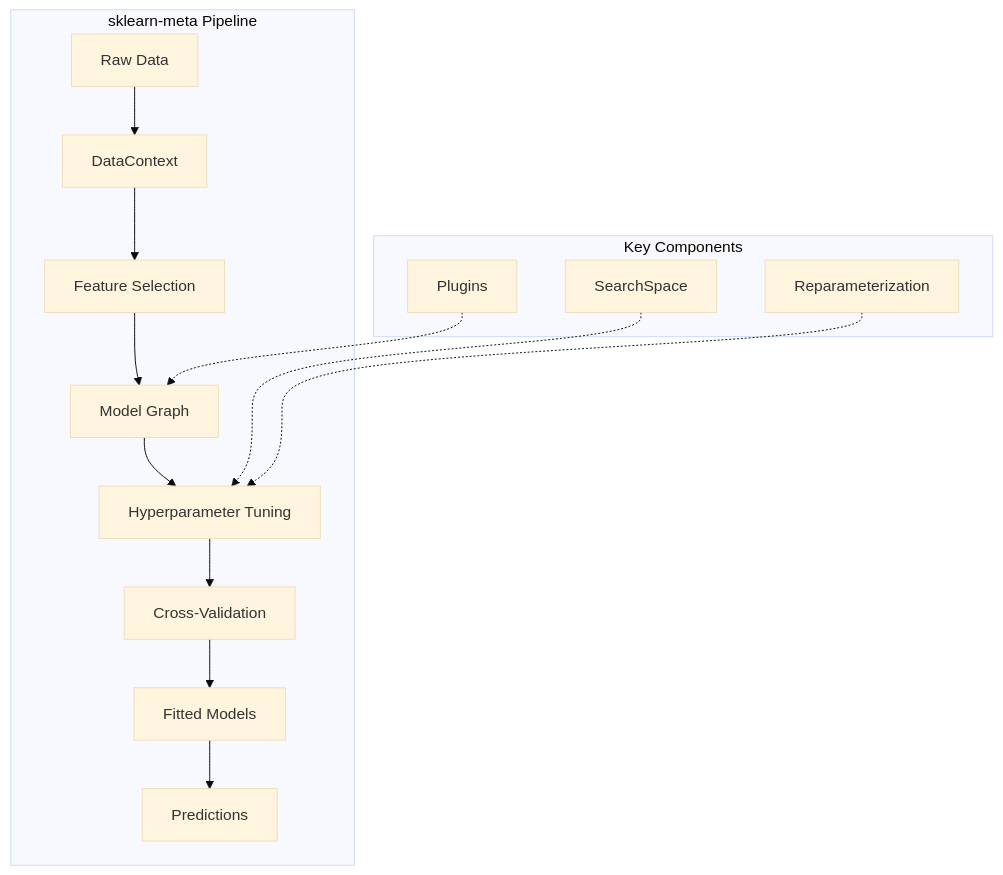
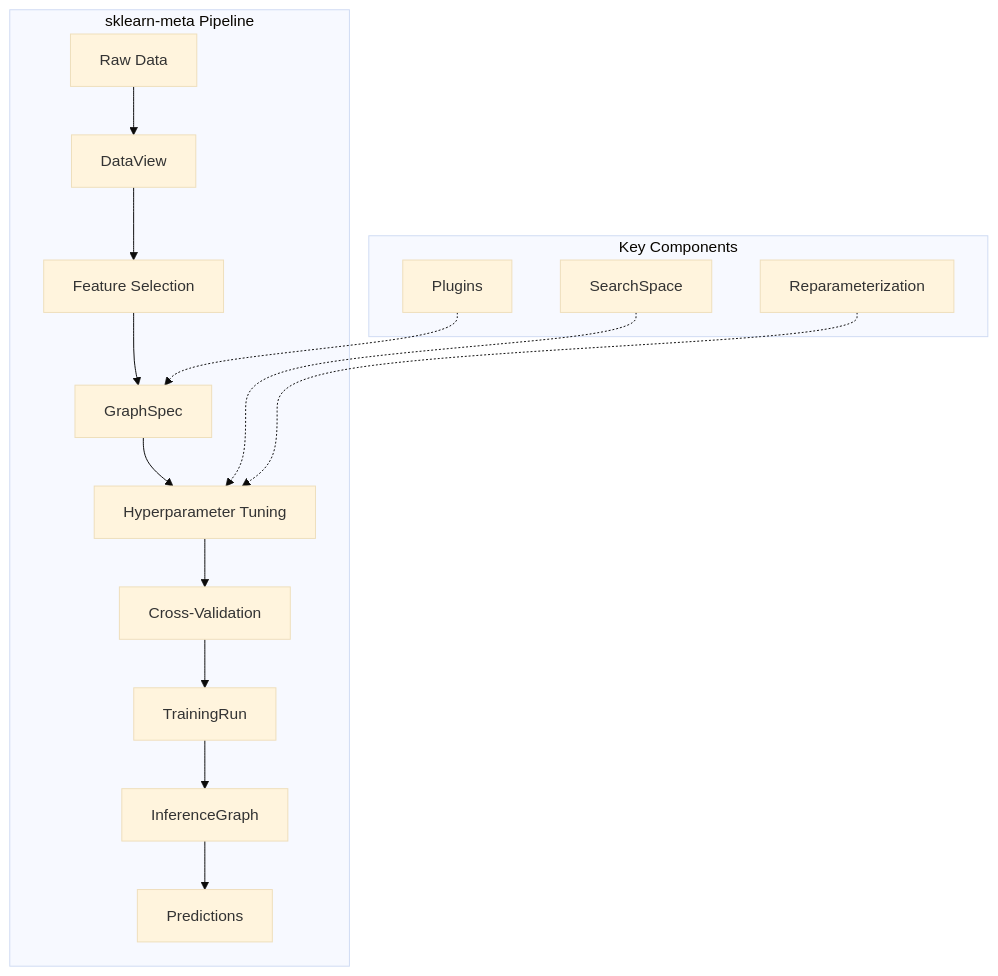
One commit to caldred/auto-sklearn changed the first of 2 diagrams in docs/index.md. Above: the diagram before and after it, drawn with Mermaid (base theme). The commit also changed other lines of this file and 123 other files, not shown here.

````diff
--- a/docs/index.md
+++ b/docs/index.md
@@ -11,18 +11,19 @@
 ```mermaid
 graph TB
     subgraph "sklearn-meta Pipeline"
-        A[Raw Data] --> B[DataContext]
+        A[Raw Data] --> B[DataView]
         B --> C[Feature Selection]
-        C --> D[Model Graph]
+        C --> D[GraphSpec]
         D --> E[Hyperparameter Tuning]
         E --> F[Cross-Validation]
-        F --> G[Fitted Models]
-        G --> H[Predictions]
+        F --> G[TrainingRun]
+        G --> H[InferenceGraph]
+        H --> I[Predictions]
     end
 
     subgraph "Key Components"
-        I[SearchSpace] -.-> E
-        J[Reparameterization] -.-> E
-        K[Plugins] -.-> D
+        J[SearchSpace] -.-> E
+        K[Reparameterization] -.-> E
+        L[Plugins] -.-> D
     end
 ```
````
